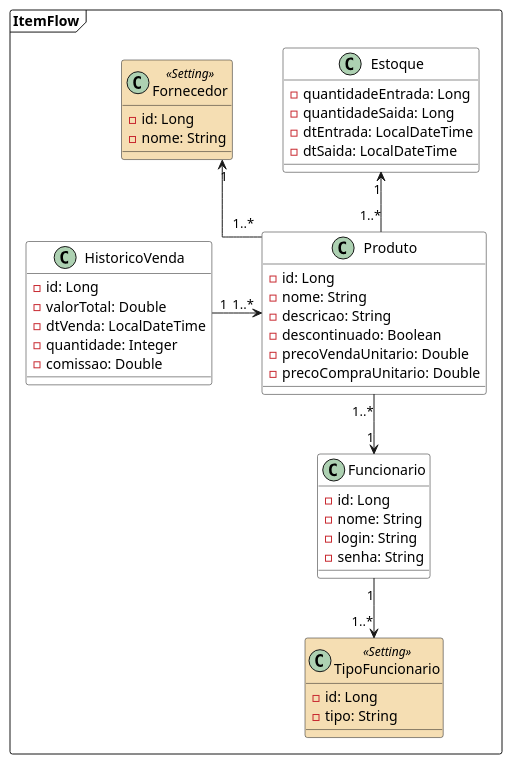
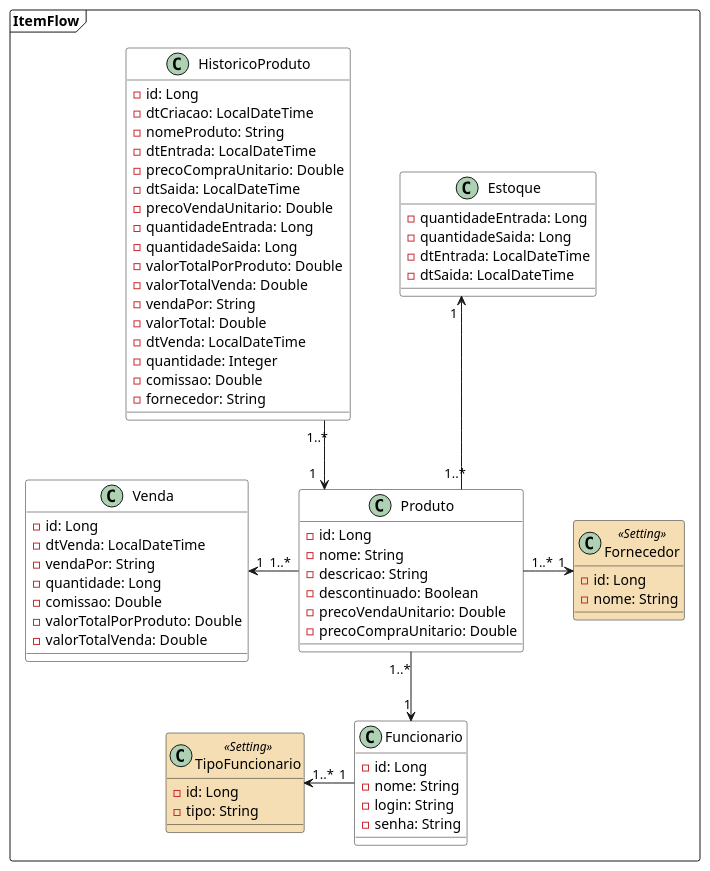
Before and after one commit to lauralves/sistema-stox-spring-boot-angular: the diagram in src/main/resources/diagramas/class-diagram.puml, drawn with PlantUML.

Commit message:
refactor: diagrama atualizado

```diff
--- a/src/main/resources/diagramas/class-diagram.puml
+++ b/src/main/resources/diagramas/class-diagram.puml
@@ -1,62 +1,85 @@
 @startuml
 'https://plantuml.com/class-diagram
 
 skinparam defaultFontName Droid Sans
 skinparam linetype ortho
 skinparam nodesep 50
 skinparam class {
     BackgroundColor White
     BackgroundColor<<Setting>> Wheat
 }
 
 set separator none
 package ItemFlow <<Frame>>{
     class Produto {
         - id: Long
         - nome: String
         - descricao: String
         - descontinuado: Boolean
         - precoVendaUnitario: Double
         - precoCompraUnitario: Double
+
     }
 
     class Estoque {
          - quantidadeEntrada: Long
          - quantidadeSaida: Long
          - dtEntrada: LocalDateTime
          - dtSaida: LocalDateTime
     }
 
     class Funcionario {
         - id: Long
         - nome: String
         - login: String
         - senha: String
     }
+    class Venda{
+        - id: Long
+        - dtVenda: LocalDateTime
+        - vendaPor: String
+        - quantidade: Long
+        - comissao: Double
+        - valorTotalPorProduto: Double
+        - valorTotalVenda: Double
+    }
 
-    class HistoricoVenda {
+    class HistoricoProduto {
         - id: Long
+        - dtCriacao: LocalDateTime
+        - nomeProduto: String
+        - dtEntrada: LocalDateTime
+        - precoCompraUnitario: Double
+        - dtSaida: LocalDateTime
+        - precoVendaUnitario: Double
+        - quantidadeEntrada: Long
+        - quantidadeSaida: Long
+        - valorTotalPorProduto: Double
+        - valorTotalVenda: Double
+        - vendaPor: String
         - valorTotal: Double
         - dtVenda: LocalDateTime
         - quantidade: Integer
         - comissao: Double
+        - fornecedor: String
 
     }
     class Fornecedor <<Setting>>{
         - id: Long
         - nome: String
     }
     class TipoFuncionario <<Setting>> {
         - id: Long
         - tipo: String
     }
 
 
 Produto "1..*" --> "1" Funcionario
-Fornecedor "1" <-- "1..*" Produto
-Funcionario "1" --> "1..*" TipoFuncionario
-HistoricoVenda "1" -> "1..*" "Produto"
+Fornecedor "1" <-l- "1..*" Produto
+Funcionario "1" -l-> "1..*" TipoFuncionario
+HistoricoProduto "1..*" --> "1" "Produto"
 Produto "1..*" --u> "1" Estoque
+Venda "1" <-r- "1..*"Produto
 }
 
 @enduml
```
